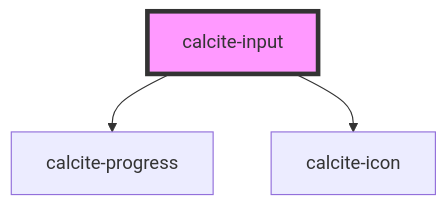
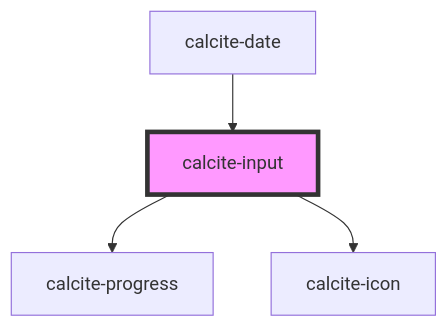
One commit to vikivakarvc/calcite-design-system changed the diagram in src/components/calcite-input/readme.md. Above: the diagram before and after it, drawn with Mermaid. The commit also changed other lines of this file and 6 other files, not shown here.

````diff
--- a/src/components/calcite-input/readme.md
+++ b/src/components/calcite-input/readme.md
@@ -160,6 +178,7 @@
 ```mermaid
 graph TD;
   calcite-input --> calcite-progress
   calcite-input --> calcite-icon
+  calcite-date --> calcite-input
   style calcite-input fill:#f9f,stroke:#333,stroke-width:4px
 ```
````
